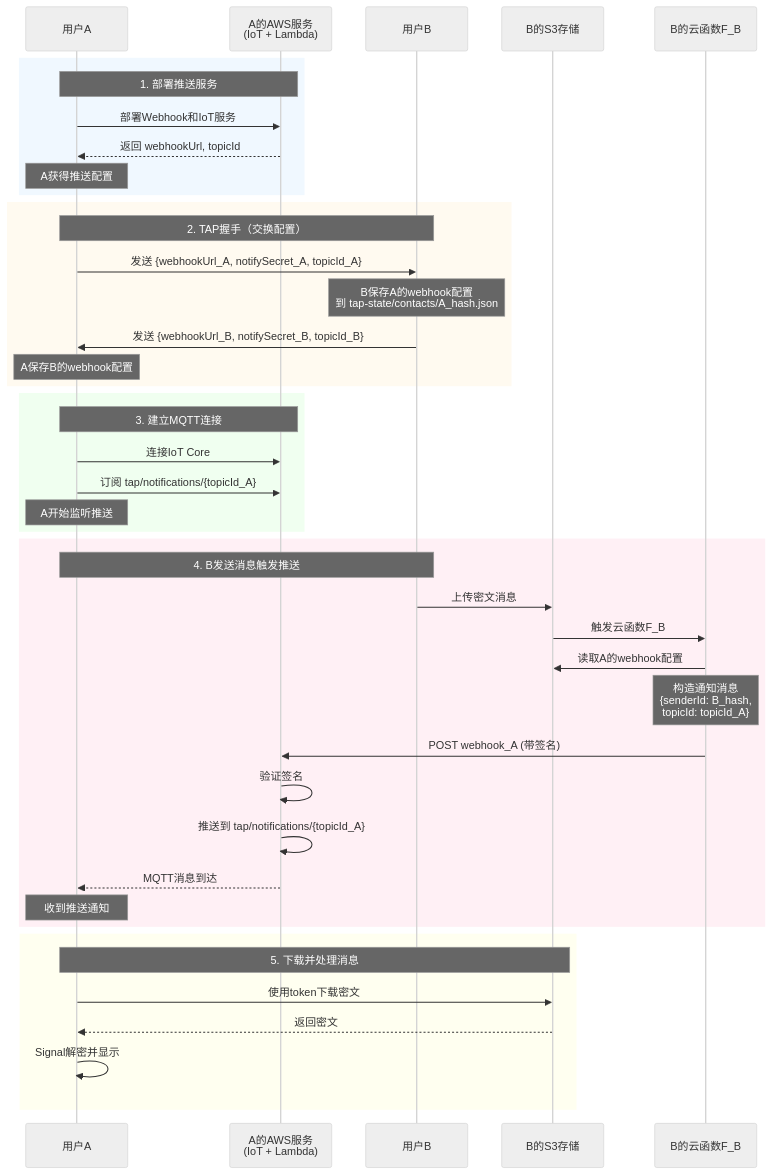
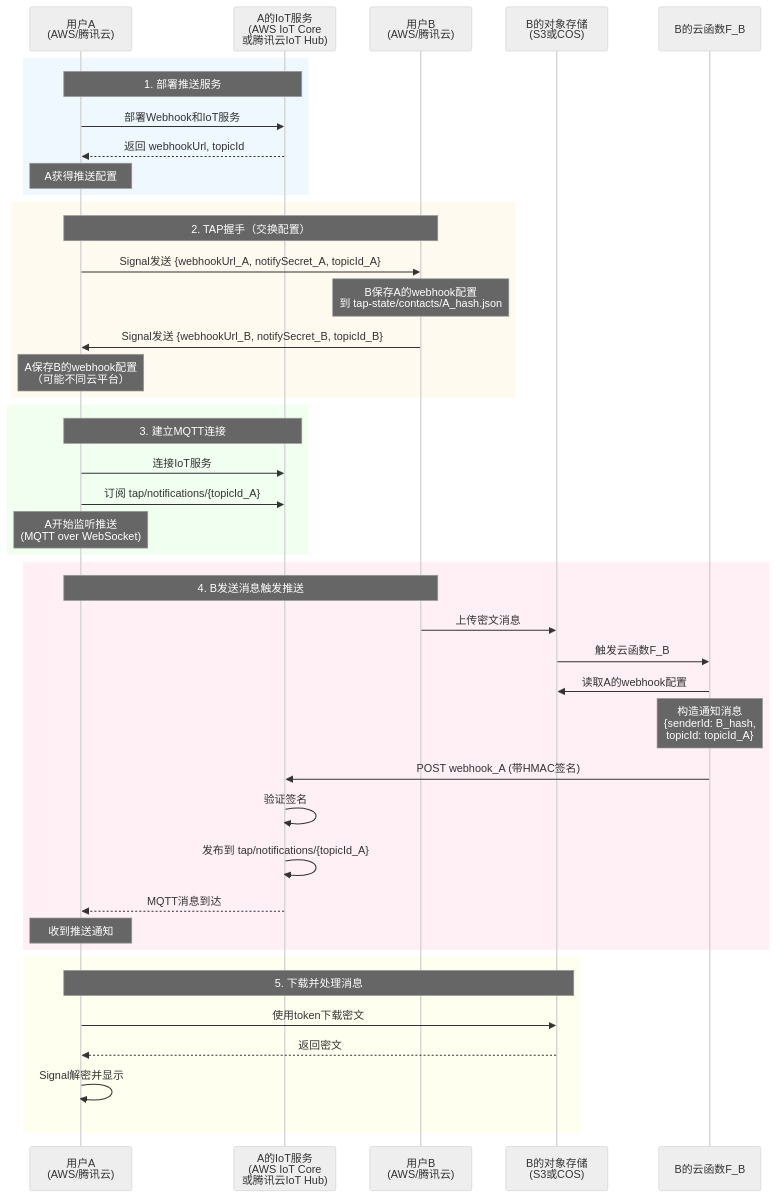
The second of 2 diagrams in PLAN_Notice.md (koabula/TapSignal), drawn with Mermaid (neutral theme) before and after one commit. The commit also changed other lines of this file and 7 other files, not shown here.

````diff
--- a/PLAN_Notice.md
+++ b/PLAN_Notice.md
@@ -251,50 +262,50 @@
 ```mermaid
 sequenceDiagram
-    participant A as 用户A
-    participant A_AWS as A的AWS服务<br/>(IoT + Lambda)
-    participant B as 用户B
-    participant B_S3 as B的S3存储
+    participant A as 用户A<br/>(AWS/腾讯云)
+    participant A_IoT as A的IoT服务<br/>(AWS IoT Core<br/>或腾讯云IoT Hub)
+    participant B as 用户B<br/>(AWS/腾讯云)
+    participant B_COS as B的对象存储<br/>(S3或COS)
     participant B_Lambda as B的云函数F_B
     
     rect rgb(240, 248, 255)
-        Note over A,A_AWS: 1. 部署推送服务
-        A->>A_AWS: 部署Webhook和IoT服务
-        A_AWS-->>A: 返回 webhookUrl, topicId
+        Note over A,A_IoT: 1. 部署推送服务
+        A->>A_IoT: 部署Webhook和IoT服务
+        A_IoT-->>A: 返回 webhookUrl, topicId
         Note over A: A获得推送配置
     end
     
     rect rgb(255, 250, 240)
         Note over A,B: 2. TAP握手（交换配置）
-        A->>B: 发送 {webhookUrl_A, notifySecret_A, topicId_A}
+        A->>B: Signal发送 {webhookUrl_A, notifySecret_A, topicId_A}
         Note over B: B保存A的webhook配置<br/>到 tap-state/contacts/A_hash.json
-        B->>A: 发送 {webhookUrl_B, notifySecret_B, topicId_B}
-        Note over A: A保存B的webhook配置
+        B->>A: Signal发送 {webhookUrl_B, notifySecret_B, topicId_B}
+        Note over A: A保存B的webhook配置<br/>（可能不同云平台）
     end
     
     rect rgb(240, 255, 240)
-        Note over A,A_AWS: 3. 建立MQTT连接
-        A->>A_AWS: 连接IoT Core
-        A->>A_AWS: 订阅 tap/notifications/{topicId_A}
-        Note over A: A开始监听推送
+        Note over A,A_IoT: 3. 建立MQTT连接
+        A->>A_IoT: 连接IoT服务
+        A->>A_IoT: 订阅 tap/notifications/{topicId_A}
+        Note over A: A开始监听推送<br/>(MQTT over WebSocket)
     end
     
     rect rgb(255, 240, 245)
         Note over B,A: 4. B发送消息触发推送
-        B->>B_S3: 上传密文消息
-        B_S3->>B_Lambda: 触发云函数F_B
-        B_Lambda->>B_S3: 读取A的webhook配置
+        B->>B_COS: 上传密文消息
+        B_COS->>B_Lambda: 触发云函数F_B
+        B_Lambda->>B_COS: 读取A的webhook配置
         Note over B_Lambda: 构造通知消息<br/>{senderId: B_hash,<br/>topicId: topicId_A}
-        B_Lambda->>A_AWS: POST webhook_A (带签名)
-        A_AWS->>A_AWS: 验证签名
-        A_AWS->>A_AWS: 推送到 tap/notifications/{topicId_A}
-        A_AWS-->>A: MQTT消息到达
+        B_Lambda->>A_IoT: POST webhook_A (带HMAC签名)
+        A_IoT->>A_IoT: 验证签名
+        A_IoT->>A_IoT: 发布到 tap/notifications/{topicId_A}
+        A_IoT-->>A: MQTT消息到达
         Note over A: 收到推送通知
     end
     
     rect rgb(255, 255, 240)
-        Note over A,B_S3: 5. 下载并处理消息
-        A->>B_S3: 使用token下载密文
-        B_S3-->>A: 返回密文
+        Note over A,B_COS: 5. 下载并处理消息
+        A->>B_COS: 使用token下载密文
+        B_COS-->>A: 返回密文
         A->>A: Signal解密并显示
     end
 ```
````
